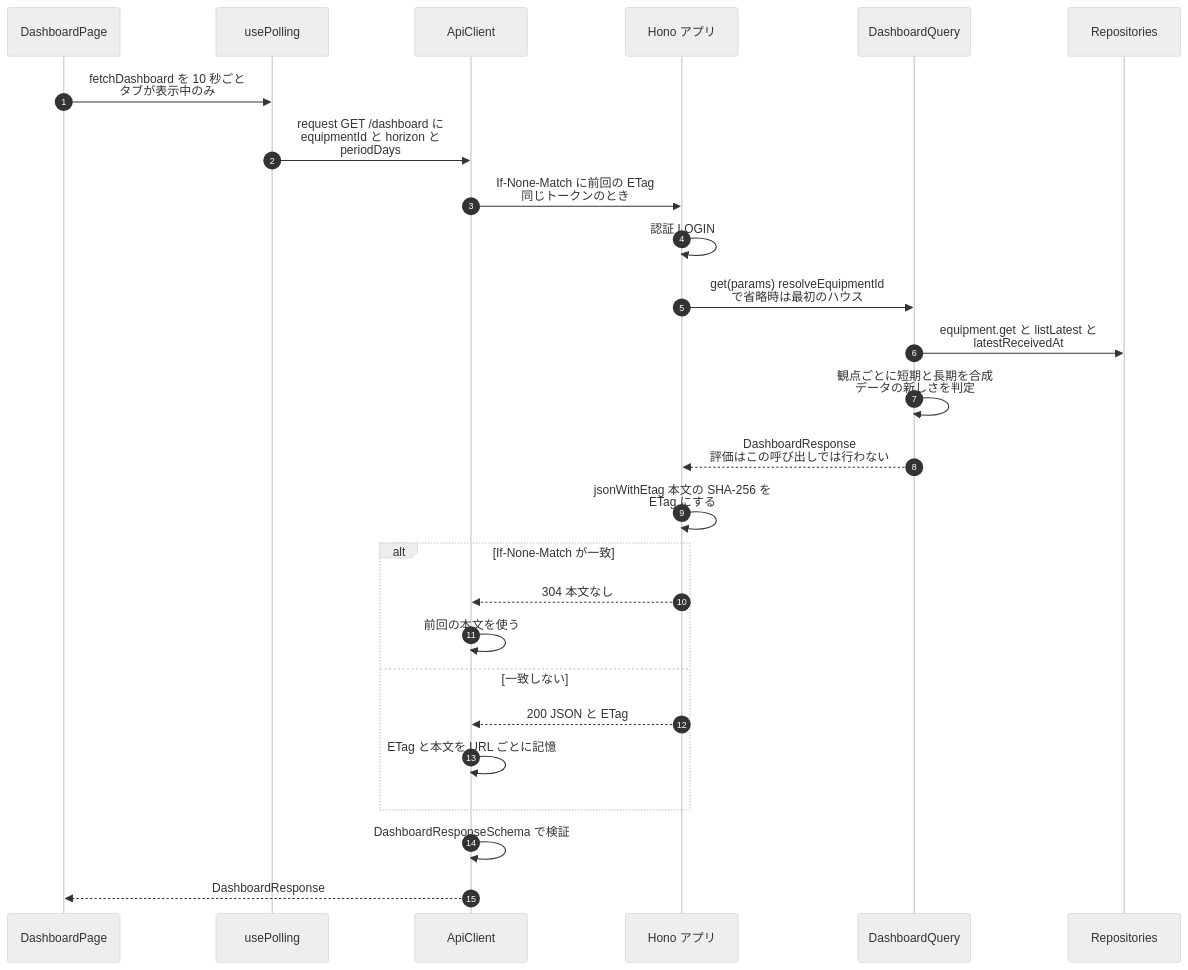
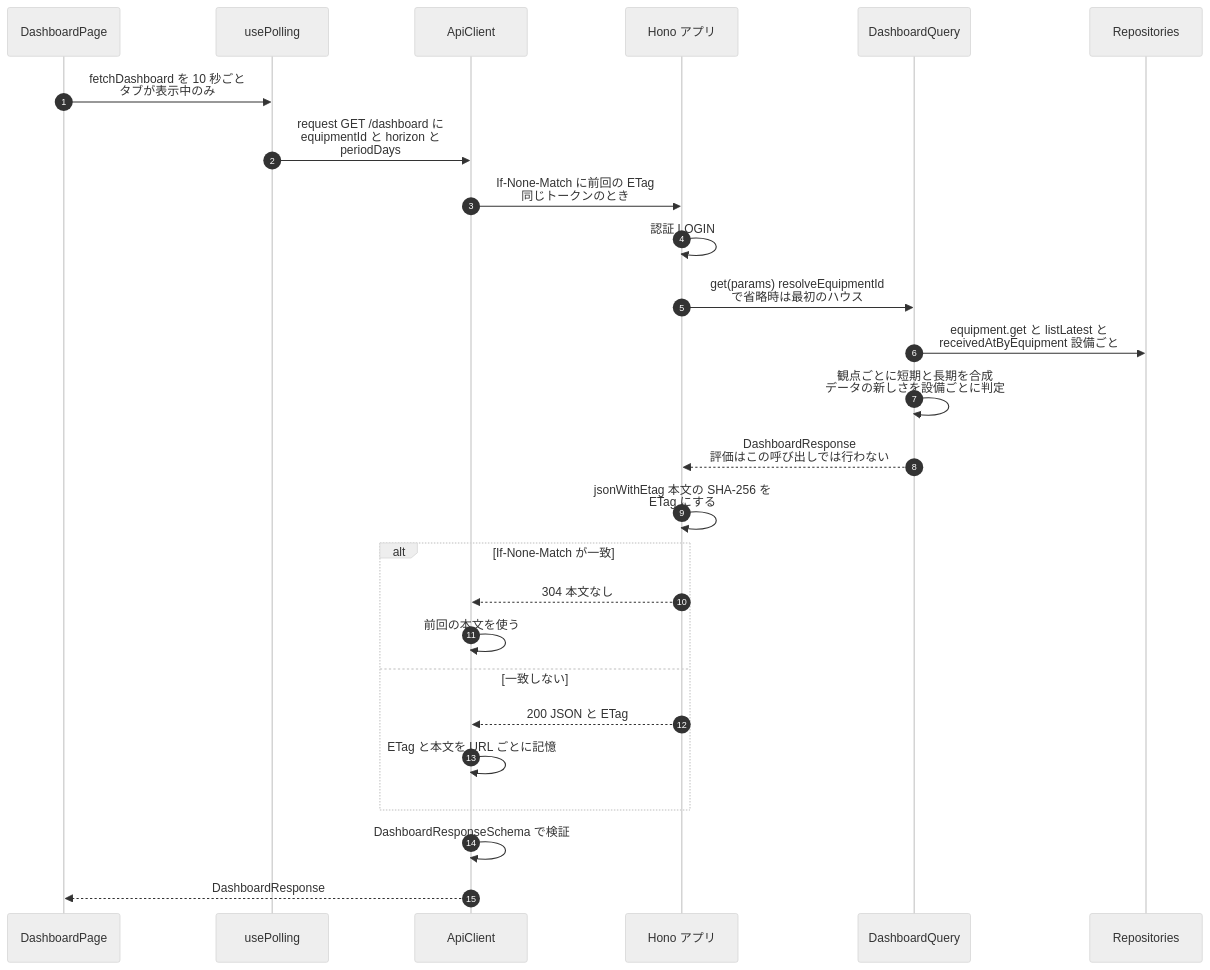
One commit to NS-APU/smart-farm-monitoring changed diagram 27 of 46 in docs/10_design/architecture/as-built.md. Above: the diagram before and after it, drawn with Mermaid (neutral theme). The commit also changed other lines of this file and 28 other files, not shown here.

````diff
--- a/docs/10_design/architecture/as-built.md
+++ b/docs/10_design/architecture/as-built.md
@@ -1797,29 +1797,29 @@
 ```mermaid
 sequenceDiagram
   autonumber
   participant PG as DashboardPage
   participant UP as usePolling
   participant API as ApiClient
   participant APP as Hono アプリ
   participant DQ as DashboardQuery
   participant REP as Repositories
 
   PG->>UP: fetchDashboard を 10 秒ごと<br>タブが表示中のみ
   UP->>API: request GET /dashboard に<br>equipmentId と horizon と<br>periodDays
   API->>APP: If-None-Match に前回の ETag<br>同じトークンのとき
   APP->>APP: 認証 LOGIN
   APP->>DQ: get(params) resolveEquipmentId<br>で省略時は最初のハウス
-  DQ->>REP: equipment.get と listLatest と<br>latestReceivedAt
-  DQ->>DQ: 観点ごとに短期と長期を合成<br>データの新しさを判定
+  DQ->>REP: equipment.get と listLatest と<br>receivedAtByEquipment 設備ごと
+  DQ->>DQ: 観点ごとに短期と長期を合成<br>データの新しさを設備ごとに判定
   DQ-->>APP: DashboardResponse<br>評価はこの呼び出しでは行わない
   APP->>APP: jsonWithEtag 本文の SHA-256 を<br>ETag にする
   alt If-None-Match が一致
     APP-->>API: 304 本文なし
     API->>API: 前回の本文を使う
   else 一致しない
     APP-->>API: 200 JSON と ETag
     API->>API: ETag と本文を URL ごとに記憶
   end
   API->>API: DashboardResponseSchema で検証
   API-->>PG: DashboardResponse
 ```
````
